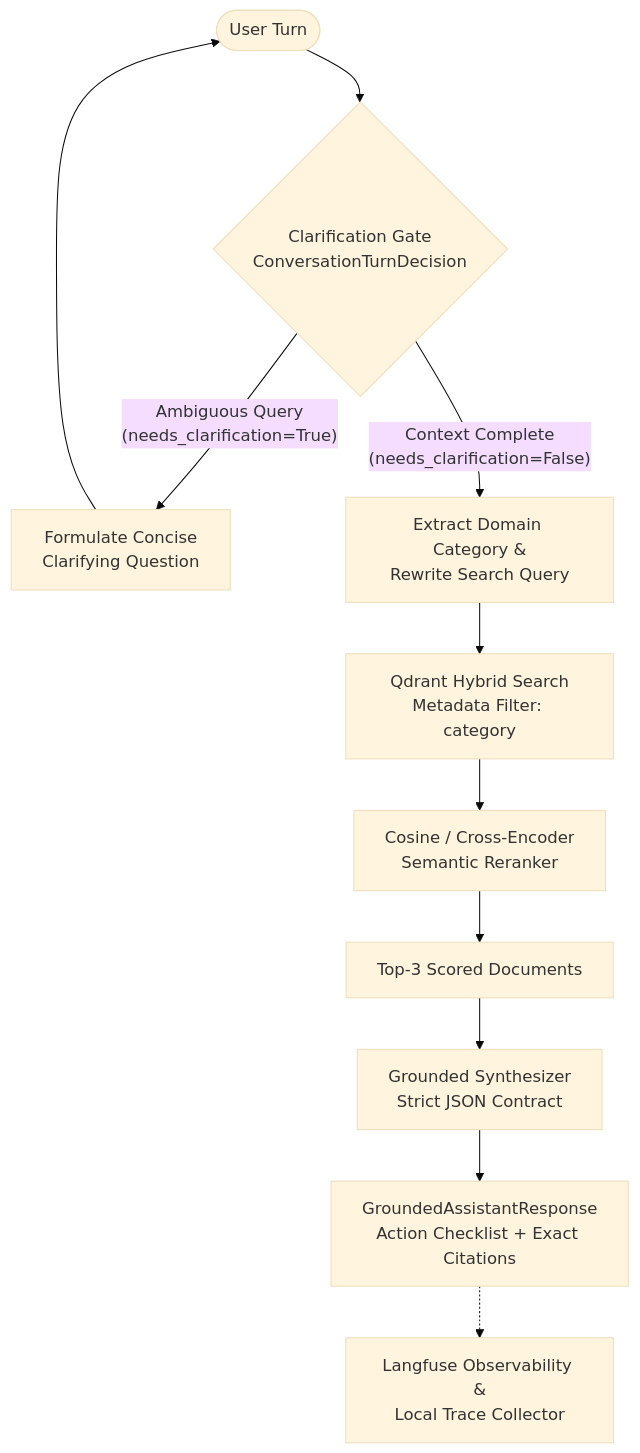
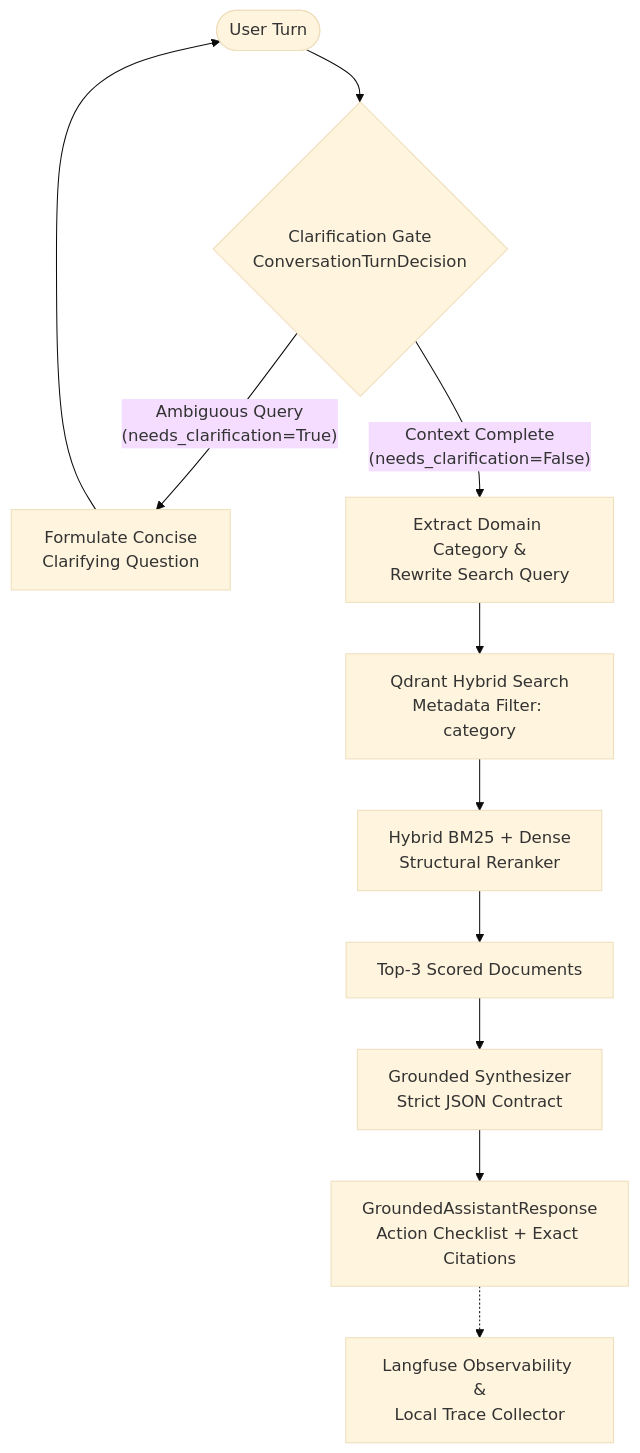
Before and after one commit to Diamontd/rag-conversational-assistant: the diagram in README.md, drawn with Mermaid (base theme). The commit also changed other lines of this file and 5 other files, not shown here.

Commit message:
docs & fix: align reranker architecture, CLI quickstart paths, and model failovers

````diff
--- a/README.md
+++ b/README.md
@@ -36,18 +36,18 @@
 ```mermaid
 flowchart TD
     User([User Turn]) --> Gate{Clarification Gate<br/>ConversationTurnDecision}
     
     Gate -- "Ambiguous Query<br/>(needs_clarification=True)" --> Clarify[Formulate Concise<br/>Clarifying Question]
     Clarify --> User
     
     Gate -- "Context Complete<br/>(needs_clarification=False)" --> Router[Extract Domain Category &<br/>Rewrite Search Query]
     
     Router --> Filter[Qdrant Hybrid Search<br/>Metadata Filter: category]
-    Filter --> Rerank[Cosine / Cross-Encoder<br/>Semantic Reranker]
+    Filter --> Rerank[Hybrid BM25 + Dense<br/>Structural Reranker]
     Rerank --> Context[Top-3 Scored Documents]
     
     Context --> Synthesizer[Grounded Synthesizer<br/>Strict JSON Contract]
     Synthesizer --> Output[GroundedAssistantResponse<br/>Action Checklist + Exact Citations]
     
     Output -.-> Trace[Langfuse Observability &<br/>Local Trace Collector]
 ```
````
